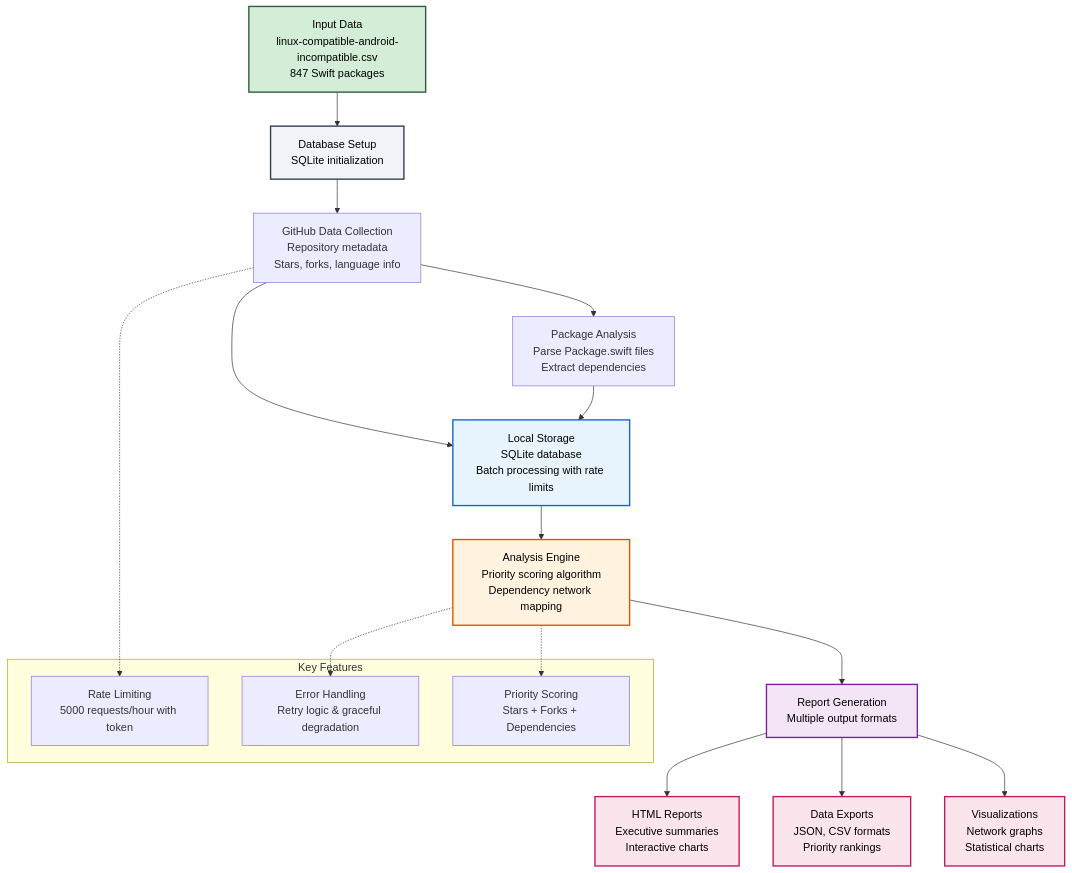
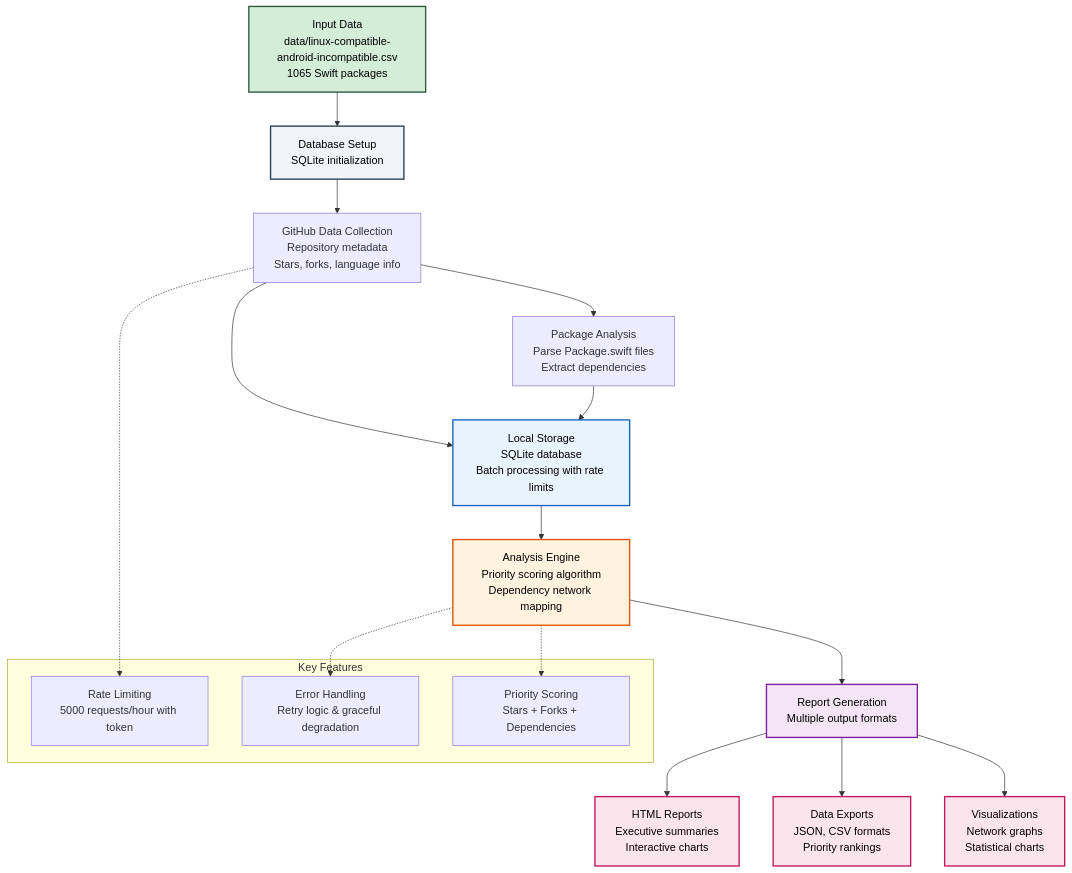
Before and after one commit to Jake-Prickett/spm-android-support-tracking: the first of 2 diagrams in README.md, drawn with Mermaid. The commit also changed other lines of this file and 10 other files, not shown here.

````diff
--- a/README.md
+++ b/README.md
@@ -26,37 +26,37 @@
 ```mermaid
 graph TD
-    A[Input Data<br/>linux-compatible-android-incompatible.csv<br/>847 Swift packages] --> B[Database Setup<br/>SQLite initialization]
+    A[Input Data<br/>data/linux-compatible-android-incompatible.csv<br/>1065 Swift packages] --> B[Database Setup<br/>SQLite initialization]
     
     B --> C[GitHub Data Collection<br/>Repository metadata<br/>Stars, forks, language info]
     C --> D[Package Analysis<br/>Parse Package.swift files<br/>Extract dependencies]
     
     C --> E[Local Storage<br/>SQLite database<br/>Batch processing with rate limits]
     D --> E
     
     E --> F[Analysis Engine<br/>Priority scoring algorithm<br/>Dependency network mapping]
     
     F --> G[Report Generation<br/>Multiple output formats]
     
     G --> H[HTML Reports<br/>Executive summaries<br/>Interactive charts]
     G --> I[Data Exports<br/>JSON, CSV formats<br/>Priority rankings]
     G --> J[Visualizations<br/>Network graphs<br/>Statistical charts]
     
     subgraph "Key Features"
         K[Rate Limiting<br/>5000 requests/hour with token]
         L[Error Handling<br/>Retry logic & graceful degradation]
         M[Priority Scoring<br/>Stars + Forks + Dependencies]
     end
     
     C -.-> K
     F -.-> L
     F -.-> M
     
     style A fill:#d4edd6,stroke:#2d5a3d,stroke-width:2px,color:#000
     style B fill:#f0f4f8,stroke:#2c3e50,stroke-width:2px,color:#000
     style E fill:#e8f4fd,stroke:#1565c0,stroke-width:2px,color:#000
     style F fill:#fff3e0,stroke:#e65100,stroke-width:2px,color:#000
     style G fill:#f3e5f5,stroke:#7b1fa2,stroke-width:2px,color:#000
     style H fill:#fce4ec,stroke:#c2185b,stroke-width:2px,color:#000
     style I fill:#fce4ec,stroke:#c2185b,stroke-width:2px,color:#000
     style J fill:#fce4ec,stroke:#c2185b,stroke-width:2px,color:#000
 ```
````
